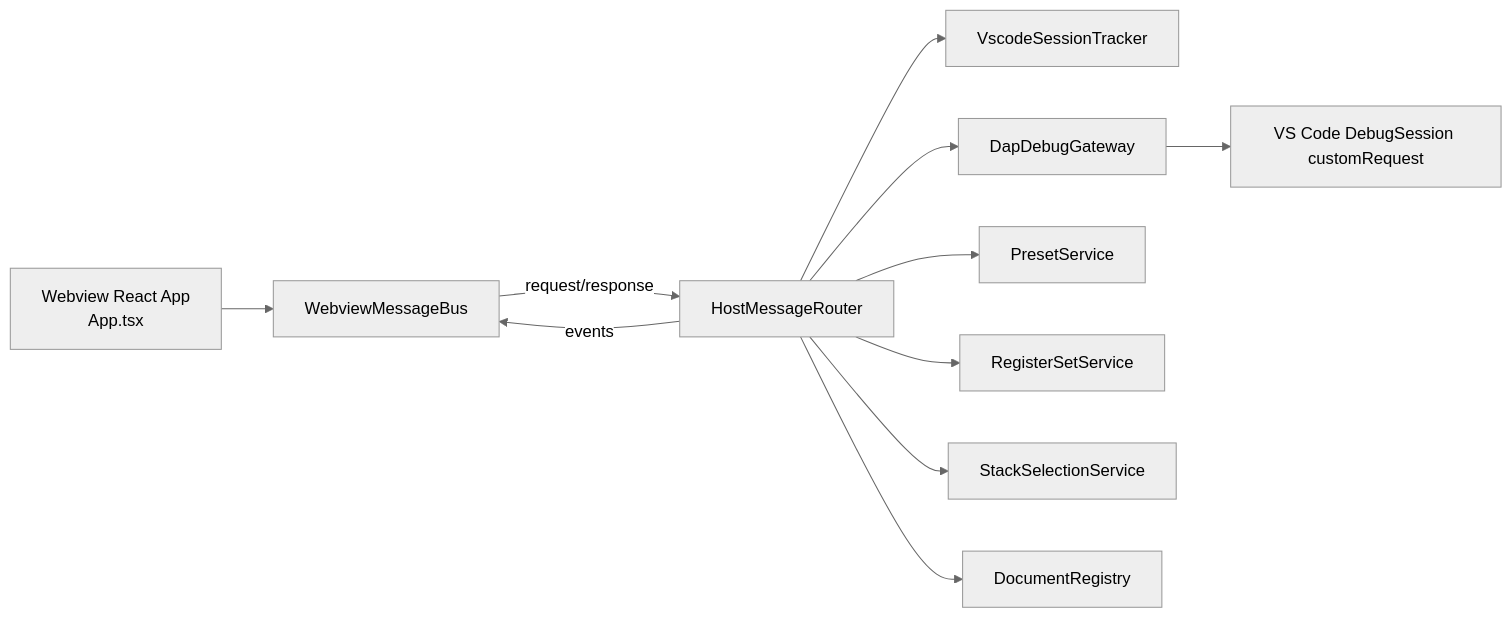
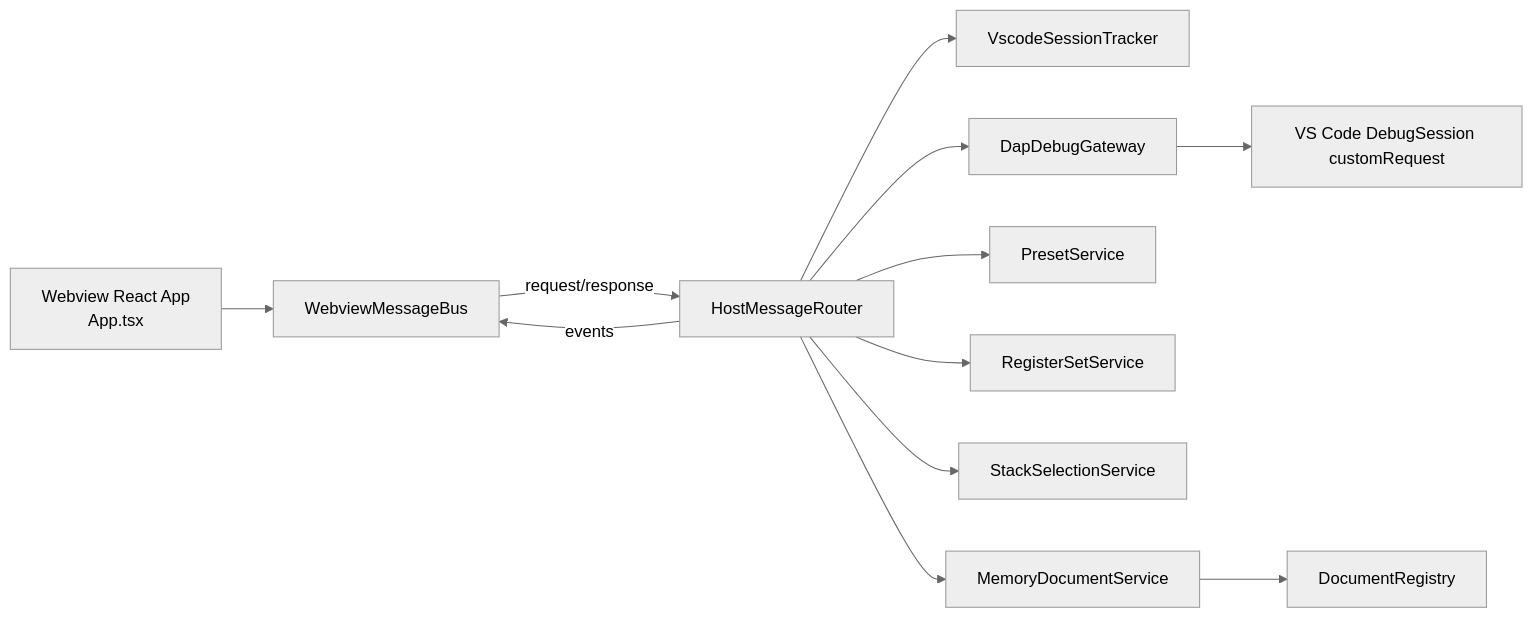
One commit to PoncheDeFrutas/StackScope changed the first of 2 diagrams in docs/architecture.md. Above: the diagram before and after it, drawn with Mermaid (neutral theme). The commit also changed other lines of this file and 6 other files, not shown here.

````diff
--- a/docs/architecture.md
+++ b/docs/architecture.md
@@ -15,13 +15,14 @@
 ```mermaid
 flowchart LR
   UI[Webview React App\nApp.tsx] --> BUS[WebviewMessageBus]
   BUS -->|request/response| ROUTER[HostMessageRouter]
   ROUTER --> TRACKER[VscodeSessionTracker]
   ROUTER --> GATEWAY[DapDebugGateway]
   ROUTER --> PRESETS[PresetService]
   ROUTER --> REGSETS[RegisterSetService]
   ROUTER --> STACKSEL[StackSelectionService]
-  ROUTER --> DOCS[DocumentRegistry]
+  ROUTER --> DOCS[MemoryDocumentService]
+  DOCS --> REGISTRY[DocumentRegistry]
   GATEWAY --> DAP[VS Code DebugSession customRequest]
   ROUTER -->|events| BUS
 ```
````
